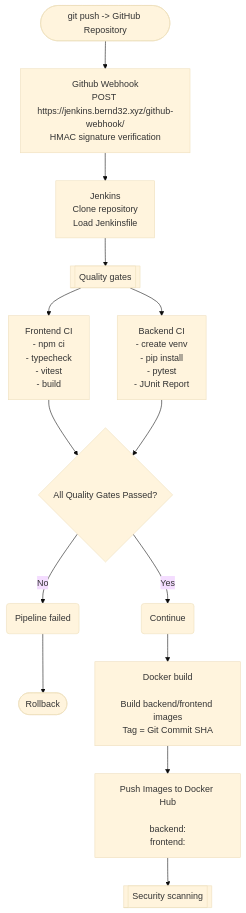
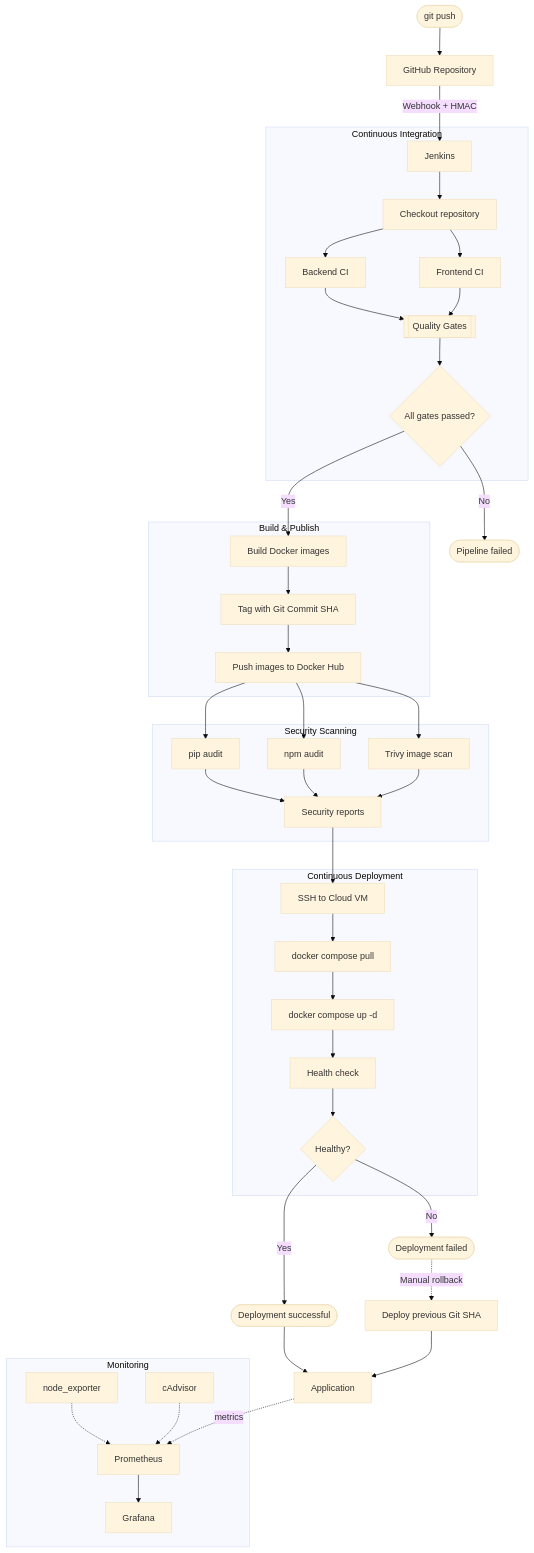
Before and after one commit to bernd32/anime-tracker-web: the diagram in docs/pipeline_diagram.md, drawn with Mermaid (base theme). The commit also changed other lines of this file and 3 other files, not shown here.

````diff
--- a/docs/pipeline_diagram.md
+++ b/docs/pipeline_diagram.md
@@ -3,16 +3,65 @@
 ```mermaid
 flowchart TD
-    A([git push -> GitHub Repository]) --> B[Github Webhook<br>POST https://jenkins.bernd32.xyz/github-webhook/<br>HMAC signature verification]
-    B --> C[Jenkins<br>Clone repository<br>Load Jenkinsfile]
-    C --> D[[Quality gates]]
-    D --> E[Backend CI<br>- create venv<br>- pip install<br>- pytest<br>- JUnit Report]
-    D --> F[Frontend CI<br>- npm ci<br>- typecheck<br>- vitest<br>- build]
-    F --> G{All Quality Gates Passed?}
-    E --> G
-    G -->|No| H(Pipeline failed)
-    H --> I([Rollback])
-    G -->|Yes| J(Continue)
-    J --> K[Docker build<br><br>Build backend/frontend images<br>Tag = Git Commit SHA]
-    K --> L[Push Images to Docker Hub<br><br>backend:<git-sha><br>frontend:<git-sha>]
-    L --> M[[Security scanning]]
+
+A([git push]) --> B[GitHub Repository]
+B -->|Webhook + HMAC| C[Jenkins]
+
+subgraph CI["Continuous Integration"]
+    C --> D[Checkout repository]
+    D --> E[Backend CI]
+    D --> F[Frontend CI]
+
+    E --> G[[Quality Gates]]
+    F --> G
+
+    G --> H{All gates passed?}
+end
+
+H -->|No| I([Pipeline failed])
+H -->|Yes| J[Build Docker images]
+
+subgraph BUILD["Build & Publish"]
+    J --> K[Tag with Git Commit SHA]
+    K --> L[Push images to Docker Hub]
+end
+
+subgraph SECURITY["Security Scanning"]
+    L --> M[pip audit]
+    L --> N[npm audit]
+    L --> O[Trivy image scan]
+
+    M --> P[Security reports]
+    N --> P
+    O --> P
+end
+
+P --> Q[SSH to Cloud VM]
+
+subgraph CD["Continuous Deployment"]
+    Q --> R[docker compose pull]
+    R --> S[docker compose up -d]
+    S --> T[Health check]
+    T --> U{Healthy?}
+end
+
+U -->|Yes| V([Deployment successful])
+U -->|No| W([Deployment failed])
+
+subgraph MON["Monitoring"]
+    X[node_exporter]
+    Y[cAdvisor]
+    Z[Prometheus]
+    AA[Grafana]
+
+    X -.-> Z
+    Y -.-> Z
+    Z --> AA
+end
+
+V --> AB[Application]
+
+AB -. metrics .-> Z
+
+W -. Manual rollback .-> AC[Deploy previous Git SHA]
+AC --> AB
 ```
````
